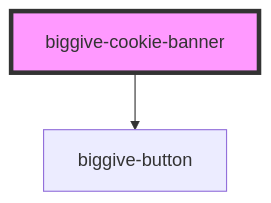
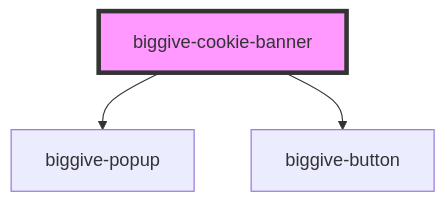
One commit to thebiggive/components changed the diagram in src/components/biggive-cookie-banner/readme.md. Above: the diagram before and after it, drawn with Mermaid. The commit also changed other lines of this file and 3 other files, not shown here.

Commit message:
DON-783: Add popup for setting cookie preferences, and emit chosen preferences as DOM events

````diff
--- a/src/components/biggive-cookie-banner/readme.md
+++ b/src/components/biggive-cookie-banner/readme.md
@@ -23,5 +32,6 @@
 ```mermaid
 graph TD;
+  biggive-cookie-banner --> biggive-popup
   biggive-cookie-banner --> biggive-button
   style biggive-cookie-banner fill:#f9f,stroke:#333,stroke-width:4px
 ```
````
